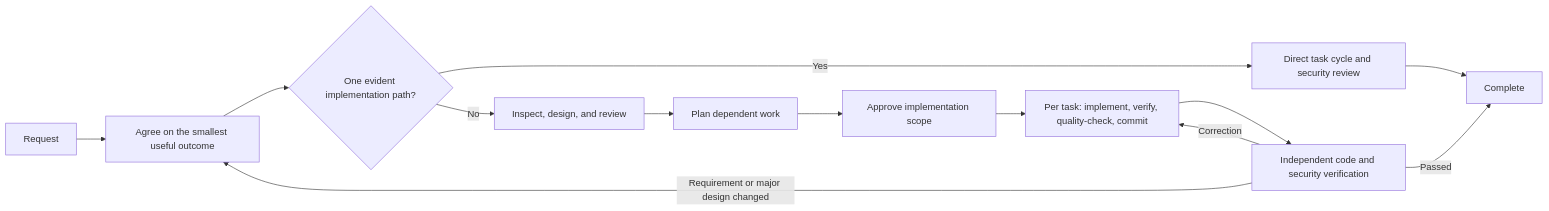
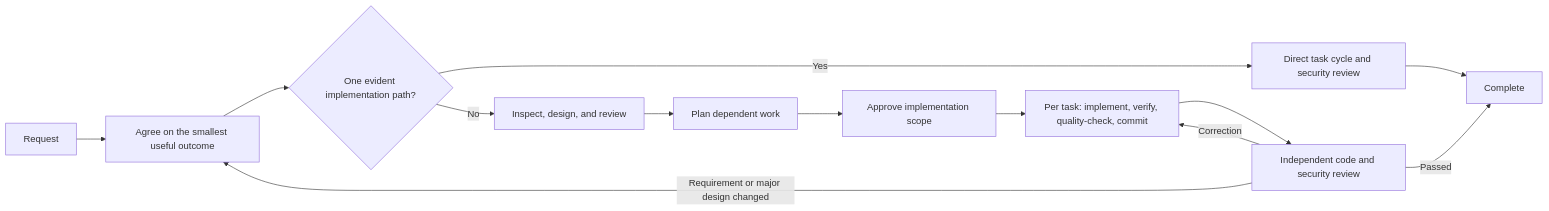
The diagram in README.md (shinpr/codex-workflows), drawn with Mermaid before and after one commit. The commit also changed other lines of this file and 15 other files, not shown here.

````diff
--- a/README.md
+++ b/README.md
@@ -81,15 +82,15 @@
 ```mermaid
 flowchart LR
     A[Request] --> B[Agree on the smallest useful outcome]
     B --> C{One evident implementation path?}
     C -->|Yes| S[Direct task cycle and security review]
     S --> L[Complete]
     C -->|No| D[Inspect, design, and review]
     D --> E[Plan dependent work]
     E --> F[Approve implementation scope]
     F --> H[Per task: implement, verify, quality-check, commit]
-    H --> K[Independent code and security verification]
+    H --> K[Independent code and security review]
     K -->|Correction| H
     K -->|Requirement or major design changed| B
     K -->|Passed| L[Complete]
 ```
````
